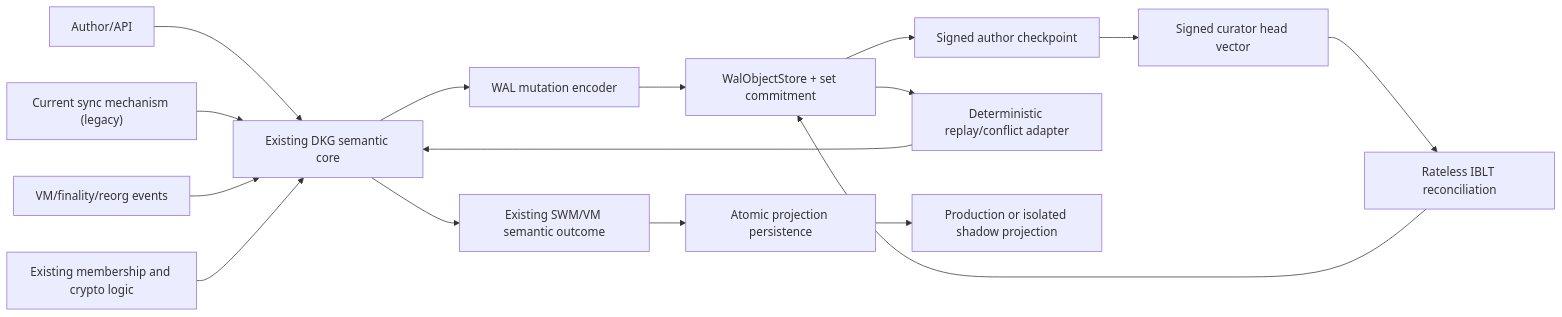
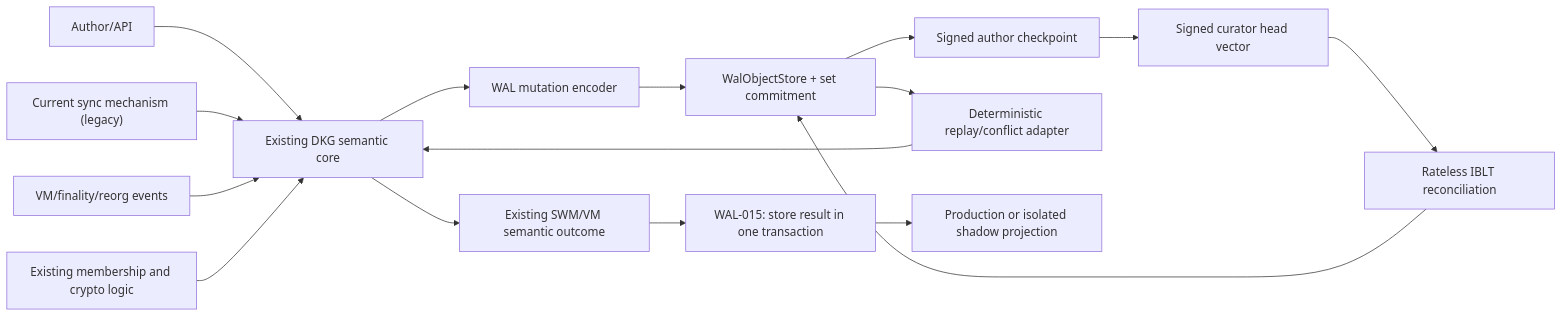
One commit to OriginTrail/dkg changed the first of 12 diagrams in docs/active-now/wal-parallel-protocol-task-pack/OT-RFC-65-wal-byte-set-reconciliation-sync.md. Above: the diagram before and after it, drawn with Mermaid. The commit also changed other lines of this file and 57 other files, not shown here.

````diff
--- a/docs/active-now/wal-parallel-protocol-task-pack/OT-RFC-65-wal-byte-set-reconciliation-sync.md
+++ b/docs/active-now/wal-parallel-protocol-task-pack/OT-RFC-65-wal-byte-set-reconciliation-sync.md
@@ -171,18 +174,18 @@
 ```mermaid
 flowchart LR
   A["Author/API"] --> S["Existing DKG semantic core"]
   L["Current sync mechanism (legacy)"] --> S
   S --> C["WAL mutation encoder"]
   C --> W["WalObjectStore + set commitment"]
   W --> H[Signed author checkpoint]
   H --> V[Signed curator head vector]
   V --> R[Rateless IBLT reconciliation]
   R --> W
   W --> D["Deterministic replay/conflict adapter"]
   D --> S
   X["VM/finality/reorg events"] --> S
   P["Existing membership and crypto logic"] --> S
   S --> O["Existing SWM/VM semantic outcome"]
-  O --> M["Atomic projection persistence"]
+  O --> M["WAL-015: store result in one transaction"]
   M --> G["Production or isolated shadow projection"]
 ```
````
